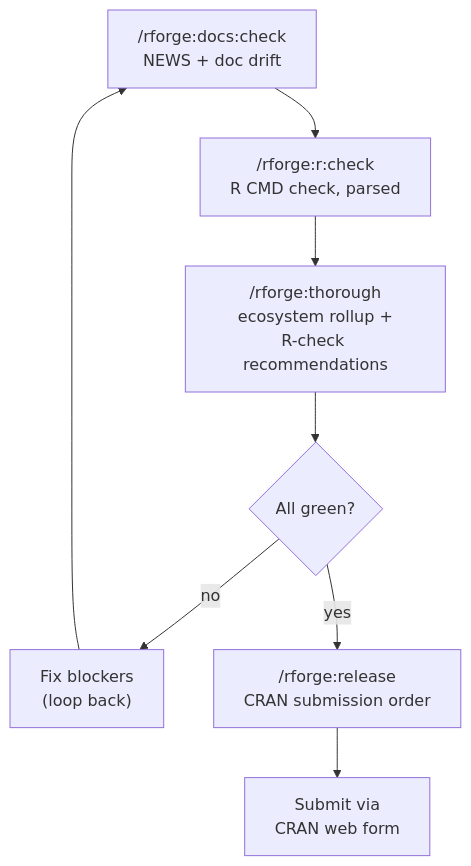
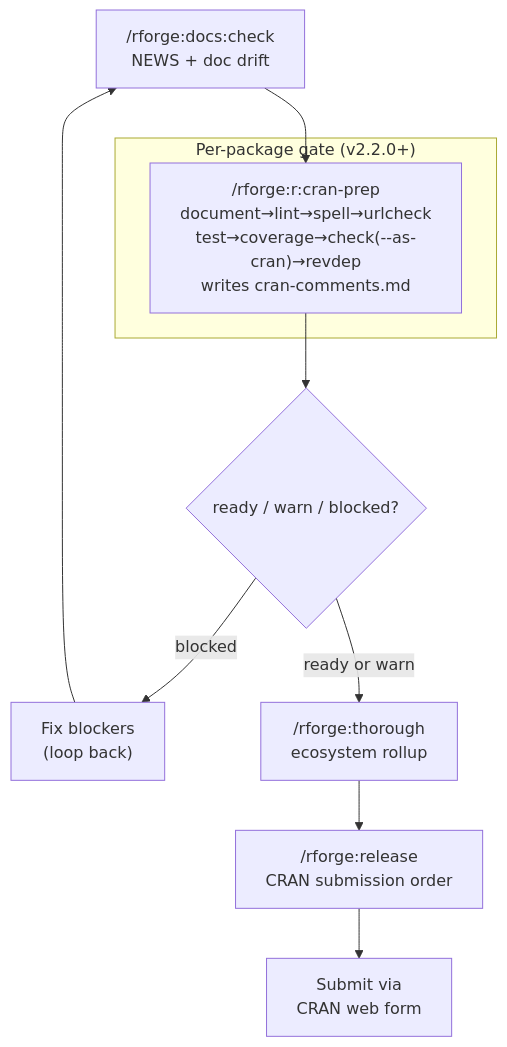
One commit to Data-Wise/rforge changed the diagram in docs/tutorials/cran-release-prep.md. Above: the diagram before and after it, drawn with Mermaid. The commit also changed other lines of this file, not shown here.

First line of the commit message:
docs(tutorials): update cran-release-prep for v2.2.0 r:cran-prep

````diff
--- a/docs/tutorials/cran-release-prep.md
+++ b/docs/tutorials/cran-release-prep.md
@@ -24,10 +26,15 @@
 ```mermaid
 flowchart TD
-    A["/rforge:docs:check<br/>NEWS + doc drift"] --> B["/rforge:r:check<br/>R CMD check, parsed"]
-    B --> C["/rforge:thorough<br/>ecosystem rollup +<br/>R-check recommendations"]
-    C --> D{"All green?"}
-    D -- "no" --> E["Fix blockers<br/>(loop back)"]
-    E --> A
-    D -- "yes" --> F["/rforge:release<br/>CRAN submission order"]
+    A["/rforge:docs:check<br/>NEWS + doc drift"] --> B
+
+    subgraph "Per-package gate (v2.2.0+)"
+        B["/rforge:r:cran-prep<br/>document→lint→spell→urlcheck<br/>test→coverage→check(--as-cran)→revdep<br/>writes cran-comments.md"]
+    end
+
+    B --> C{"ready / warn / blocked?"}
+    C -- "blocked" --> D["Fix blockers<br/>(loop back)"]
+    D --> A
+    C -- "ready or warn" --> E["/rforge:thorough<br/>ecosystem rollup"]
+    E --> F["/rforge:release<br/>CRAN submission order"]
     F --> G["Submit via<br/>CRAN web form"]
 ```
````
